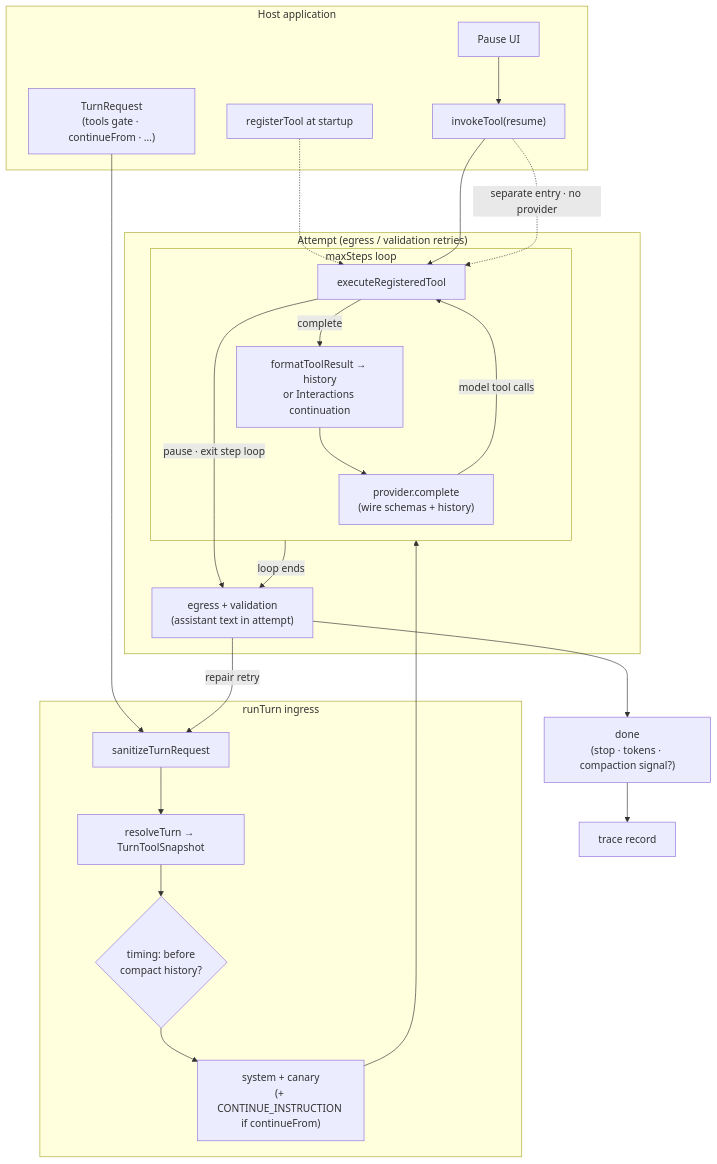
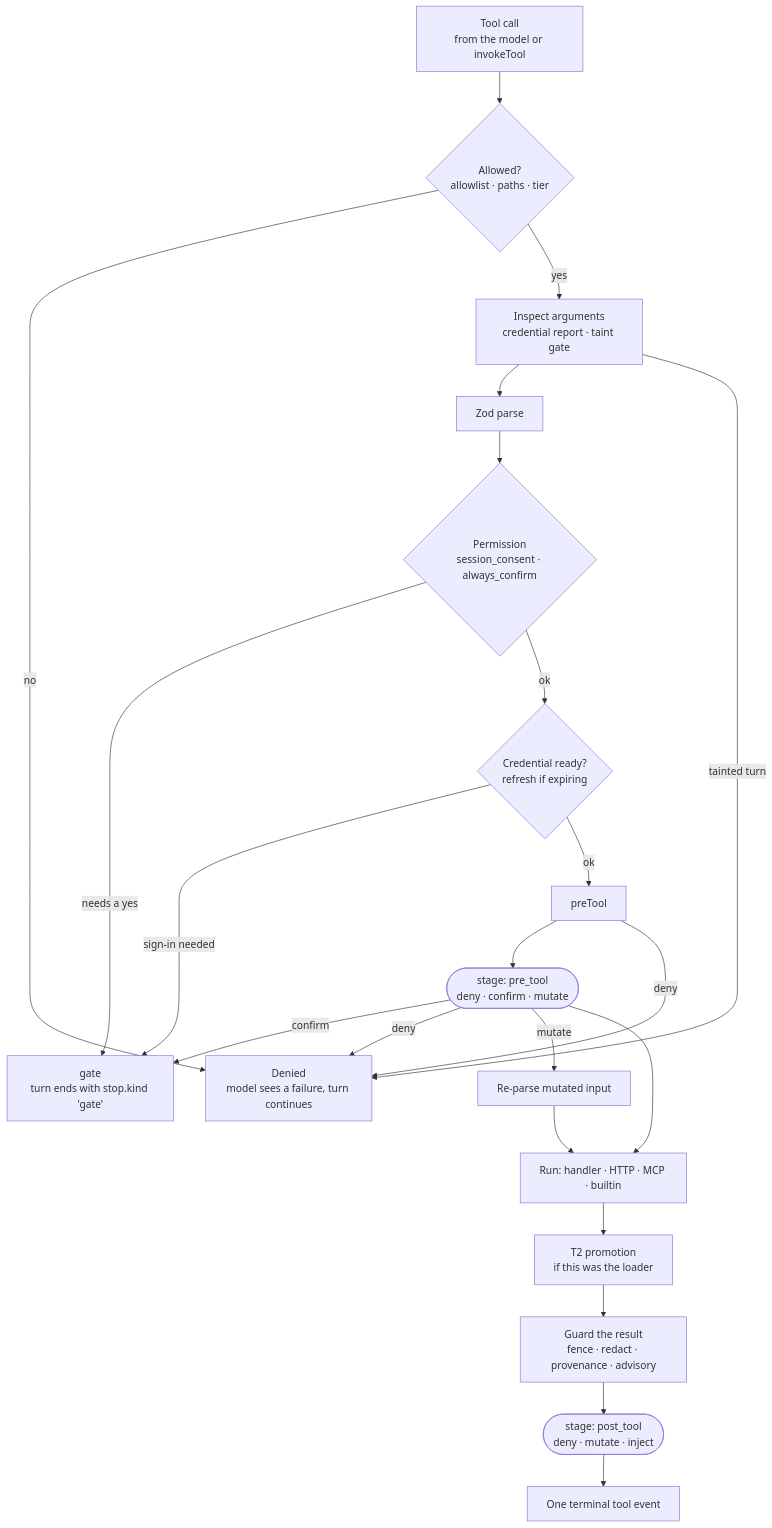
The second of 3 diagrams in README.md (masudl-hub/theoremai), drawn with Mermaid before and after one commit. The commit also changed other lines of this file and 4 other files, not shown here.

````diff
--- a/README.md
+++ b/README.md
@@ -280,40 +657,32 @@
 ```mermaid
 flowchart TD
-  subgraph Host["Host application"]
-    REG["registerTool at startup"]
-    REQ["TurnRequest<br/>(tools gate · continueFrom · …)"]
-    UI["Pause UI"]
-    INV["invokeTool(resume)"]
-  end
+  CALL["Tool call<br/>from the model or invokeTool"]
+  ALLOW{"Allowed?<br/>allowlist · paths · tier"}
+  ARGS["Inspect arguments<br/>credential report · taint gate"]
+  REPARSE["Re-parse mutated input"]
+  PARSE["Zod parse"]
+  PERM{"Permission<br/>session_consent · always_confirm"}
+  AUTH{"Credential ready?<br/>refresh if expiring"}
+  PRE["preTool"]
+  STAGE(["stage: pre_tool<br/>deny · confirm · mutate"])
+  BODY["Run: handler · HTTP · MCP · builtin"]
+  T2["T2 promotion<br/>if this was the loader"]
+  GUARD["Guard the result<br/>fence · redact · provenance · advisory"]
+  POST(["stage: post_tool<br/>deny · mutate · inject"])
+  OUT["One terminal tool event"]
+  GATE["gate<br/>turn ends with stop.kind 'gate'"]
+  DENY["Denied<br/>model sees a failure, turn continues"]
 
-  subgraph Ingress["runTurn ingress"]
-    SAN["sanitizeTurnRequest"]
-    RES["resolveTurn → TurnToolSnapshot"]
-    CB{"timing: before<br/>compact history?"}
-    SYS["system + canary<br/>(+ CONTINUE_INSTRUCTION if continueFrom)"]
-  end
-
-  subgraph Attempt["Attempt (egress / validation retries)"]
-    subgraph Steps["maxSteps loop"]
-      PL["provider.complete<br/>(wire schemas + history)"]
-      TE["executeRegisteredTool"]
-      HK["formatToolResult → history<br/>or Interactions continuation"]
-    end
-    EG["egress + validation<br/>(assistant text in attempt)"]
-  end
-
-  OUT["done<br/>(stop · tokens · compaction signal?)"]
-  TR["trace record"]
-
-  REG -.-> TE
-  REQ --> SAN --> RES --> CB --> SYS --> Steps
-  PL -->|model tool calls| TE
-  TE -->|complete| HK --> PL
-  TE -->|pause · exit step loop| EG
-  UI --> INV --> TE
-  Steps -->|loop ends| EG
-  EG -->|repair retry| SAN
-  EG --> OUT --> TR
-
-  INV -.->|separate entry · no provider| TE
+  CALL --> ALLOW -->|no| DENY
+  ALLOW -->|yes| ARGS --> PARSE --> PERM
+  ARGS -->|tainted turn| DENY
+  PERM -->|needs a yes| GATE
+  PERM -->|ok| AUTH
+  AUTH -->|sign-in needed| GATE
+  AUTH -->|ok| PRE --> STAGE
+  PRE -->|deny| DENY
+  STAGE -->|confirm| GATE
+  STAGE -->|deny| DENY
+  STAGE -->|mutate| REPARSE --> BODY
+  STAGE --> BODY --> T2 --> GUARD --> POST --> OUT
 ```
````
